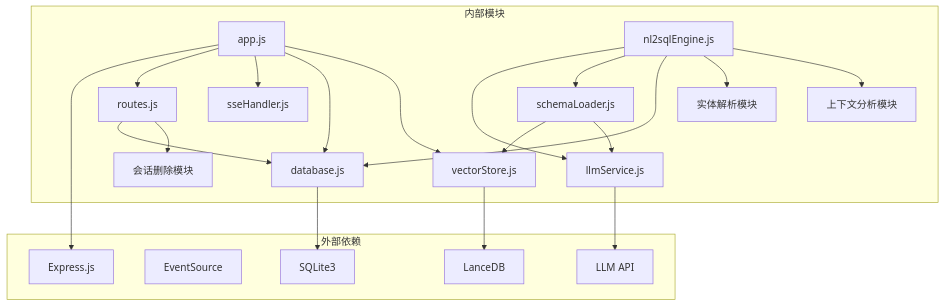
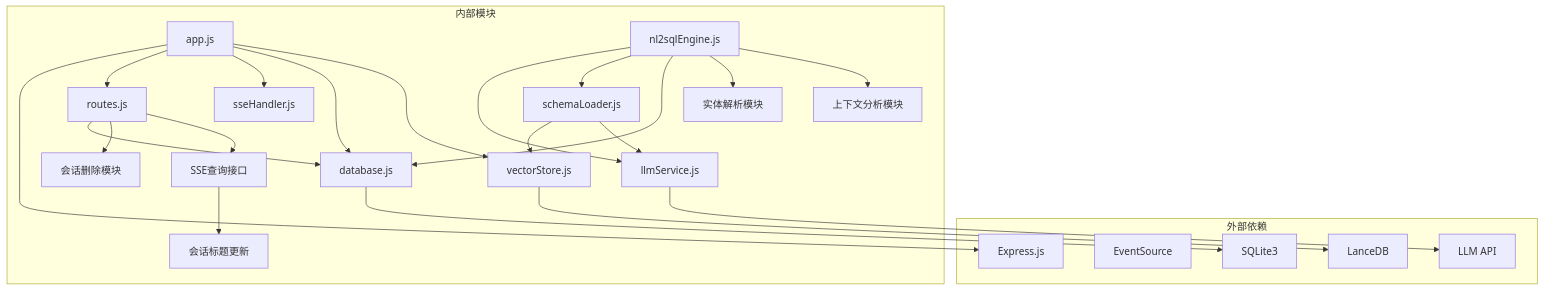
Before and after one commit to HanHuiOnLine/724-office: diagram 12 of 12 in .qoder/repowiki/zh/content/API参考/NL2SQL API参考.md, drawn with Mermaid. The commit also changed other lines of this file and 15 other files, not shown here.

````diff
--- a/.qoder/repowiki/zh/content/API参考/NL2SQL API参考.md
+++ b/.qoder/repowiki/zh/content/API参考/NL2SQL API参考.md
@@ -524,40 +613,44 @@
 ```mermaid
 graph TB
 subgraph "外部依赖"
 A[Express.js]
 B[EventSource]
 C[SQLite3]
 D[LanceDB]
 E[LLM API]
 end
 subgraph "内部模块"
 F[app.js]
 G[routes.js]
 H[nl2sqlEngine.js]
 I[llmService.js]
 J[schemaLoader.js]
 K[database.js]
 L[vectorStore.js]
 M[sseHandler.js]
 N[实体解析模块]
 O[上下文分析模块]
 P[会话删除模块]
+Q[SSE查询接口]
+R[会话标题更新]
 end
 F --> A
 F --> G
 F --> M
 F --> K
 F --> L
 G --> K
 H --> I
 H --> J
 H --> K
 H --> N
 H --> O
 I --> E
 J --> L
 J --> I
 K --> C
 L --> D
 G --> P
+G --> Q
+Q --> R
 ```
````
